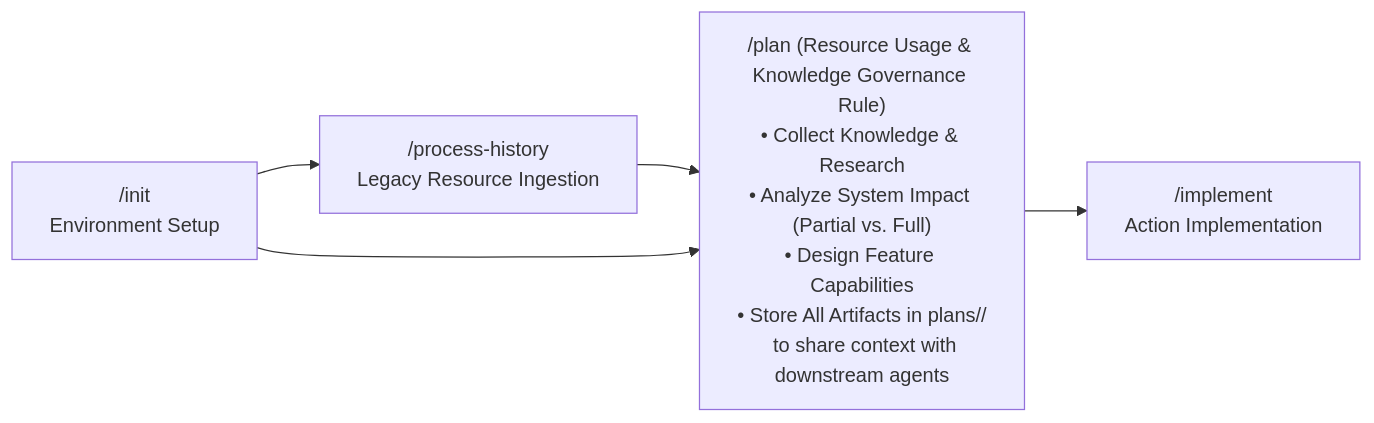
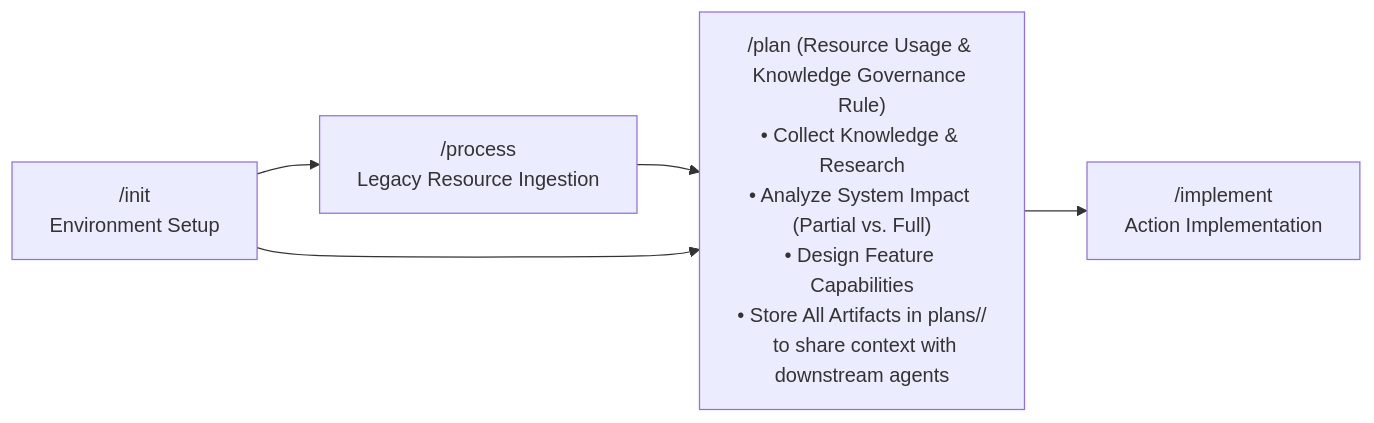
Before and after one commit to hrvthgergo/agent-driven-templates: the first of 3 diagrams in fullstack_software_dev/plan/plan_workflow.md, drawn with Mermaid. The commit also changed other lines of this file and 21 other files, not shown here.

Commit message:
refactor: rename process-history workflow and documentation to process

````diff
--- a/fullstack_software_dev/plan/plan_workflow.md
+++ b/fullstack_software_dev/plan/plan_workflow.md
@@ -11,7 +11,7 @@
 ```mermaid
 graph LR
-    Init["/init<br/>Environment Setup"] --> ProcHist["/process-history<br/>Legacy Resource Ingestion"]
+    Init["/init<br/>Environment Setup"] --> ProcHist["/process<br/>Legacy Resource Ingestion"]
     ProcHist --> Plan["/plan (Resource Usage & Knowledge Governance Rule)<br/>• Collect Knowledge & Research<br/>• Analyze System Impact (Partial vs. Full)<br/>• Design Feature Capabilities<br/>• Store All Artifacts in plans/<feature-name>/<br/>  to share context with downstream agents"]
     Init --> Plan
     Plan --> Implement["/implement<br/>Action Implementation"]
 ```
````
